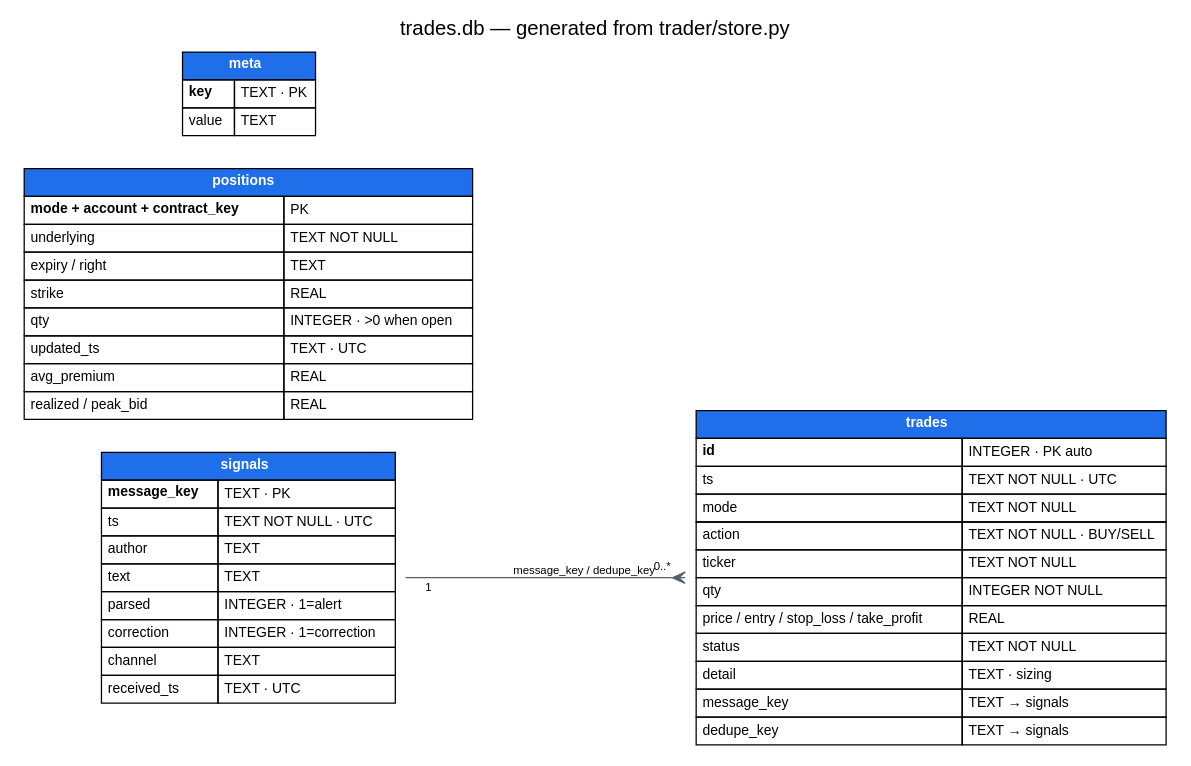
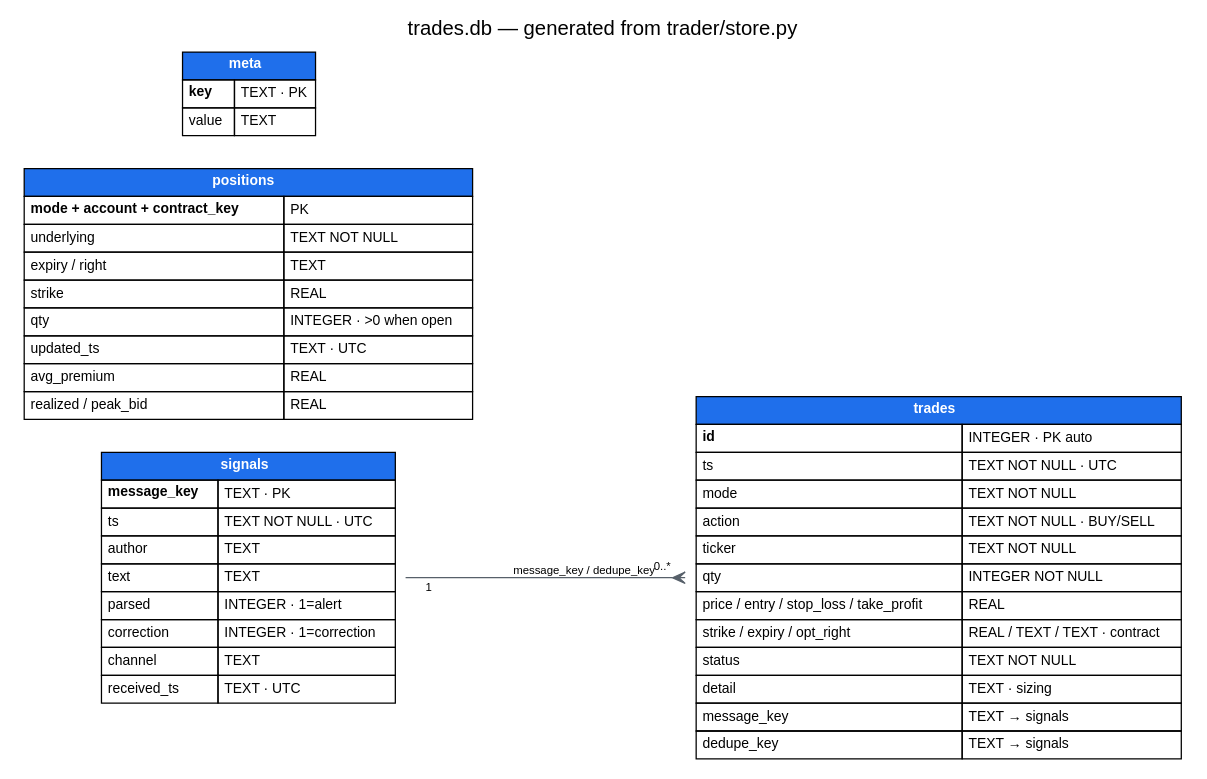
One commit to siicosmos/ws-trade-bot changed the diagram in docs/db_schema.dot. Above: the diagram before and after it, drawn with Graphviz. The commit also changed 3 other files, not shown here.

First line of the commit message:
Docs refresh: schema diagram gains the migrated trades columns; plan condensed to current state

```diff
--- a/docs/db_schema.dot
+++ b/docs/db_schema.dot
@@ -1,61 +1,62 @@
 // ws-trade-bot trades.db schema - render with:
 //   dot -Tpng -o docs/db_schema.png docs/db_schema.dot
 digraph db_schema {
   rankdir=LR;
   graph [fontname="Helvetica", label="trades.db — generated from trader/store.py", labelloc=t, fontsize=16];
   node [shape=plaintext, fontname="Helvetica", fontsize=11];
   edge [color="#57606a", fontname="Helvetica", fontsize=9];
 
   signals [label=<
     <TABLE BORDER="0" CELLBORDER="1" CELLSPACING="0" CELLPADDING="4" BGCOLOR="white">
       <TR><TD BGCOLOR="#1f6feb" COLSPAN="2"><FONT COLOR="white"><B>signals</B></FONT></TD></TR>
       <TR><TD ALIGN="LEFT"><B>message_key</B></TD><TD ALIGN="LEFT">TEXT · PK</TD></TR>
       <TR><TD ALIGN="LEFT">ts</TD><TD ALIGN="LEFT">TEXT NOT NULL · UTC</TD></TR>
       <TR><TD ALIGN="LEFT">author</TD><TD ALIGN="LEFT">TEXT</TD></TR>
       <TR><TD ALIGN="LEFT">text</TD><TD ALIGN="LEFT">TEXT</TD></TR>
       <TR><TD ALIGN="LEFT">parsed</TD><TD ALIGN="LEFT">INTEGER · 1=alert</TD></TR>
       <TR><TD ALIGN="LEFT">correction</TD><TD ALIGN="LEFT">INTEGER · 1=correction</TD></TR>
       <TR><TD ALIGN="LEFT">channel</TD><TD ALIGN="LEFT">TEXT</TD></TR>
       <TR><TD ALIGN="LEFT">received_ts</TD><TD ALIGN="LEFT">TEXT · UTC</TD></TR>
     </TABLE>>];
 
   trades [label=<
     <TABLE BORDER="0" CELLBORDER="1" CELLSPACING="0" CELLPADDING="4" BGCOLOR="white">
       <TR><TD BGCOLOR="#1f6feb" COLSPAN="2"><FONT COLOR="white"><B>trades</B></FONT></TD></TR>
       <TR><TD ALIGN="LEFT"><B>id</B></TD><TD ALIGN="LEFT">INTEGER · PK auto</TD></TR>
       <TR><TD ALIGN="LEFT">ts</TD><TD ALIGN="LEFT">TEXT NOT NULL · UTC</TD></TR>
       <TR><TD ALIGN="LEFT">mode</TD><TD ALIGN="LEFT">TEXT NOT NULL</TD></TR>
       <TR><TD ALIGN="LEFT">action</TD><TD ALIGN="LEFT">TEXT NOT NULL · BUY/SELL</TD></TR>
       <TR><TD ALIGN="LEFT">ticker</TD><TD ALIGN="LEFT">TEXT NOT NULL</TD></TR>
       <TR><TD ALIGN="LEFT">qty</TD><TD ALIGN="LEFT">INTEGER NOT NULL</TD></TR>
       <TR><TD ALIGN="LEFT">price / entry / stop_loss / take_profit</TD><TD ALIGN="LEFT">REAL</TD></TR>
+      <TR><TD ALIGN="LEFT">strike / expiry / opt_right</TD><TD ALIGN="LEFT">REAL / TEXT / TEXT · contract</TD></TR>
       <TR><TD ALIGN="LEFT">status</TD><TD ALIGN="LEFT">TEXT NOT NULL</TD></TR>
       <TR><TD ALIGN="LEFT">detail</TD><TD ALIGN="LEFT">TEXT · sizing</TD></TR>
       <TR><TD ALIGN="LEFT">message_key</TD><TD ALIGN="LEFT">TEXT → signals</TD></TR>
       <TR><TD ALIGN="LEFT">dedupe_key</TD><TD ALIGN="LEFT">TEXT → signals</TD></TR>
     </TABLE>>];
 
   positions [label=<
     <TABLE BORDER="0" CELLBORDER="1" CELLSPACING="0" CELLPADDING="4" BGCOLOR="white">
       <TR><TD BGCOLOR="#1f6feb" COLSPAN="2"><FONT COLOR="white"><B>positions</B></FONT></TD></TR>
       <TR><TD ALIGN="LEFT"><B>mode + account + contract_key</B></TD><TD ALIGN="LEFT">PK</TD></TR>
       <TR><TD ALIGN="LEFT">underlying</TD><TD ALIGN="LEFT">TEXT NOT NULL</TD></TR>
       <TR><TD ALIGN="LEFT">expiry / right</TD><TD ALIGN="LEFT">TEXT</TD></TR>
       <TR><TD ALIGN="LEFT">strike</TD><TD ALIGN="LEFT">REAL</TD></TR>
       <TR><TD ALIGN="LEFT">qty</TD><TD ALIGN="LEFT">INTEGER · &gt;0 when open</TD></TR>
       <TR><TD ALIGN="LEFT">updated_ts</TD><TD ALIGN="LEFT">TEXT · UTC</TD></TR>
       <TR><TD ALIGN="LEFT">avg_premium</TD><TD ALIGN="LEFT">REAL</TD></TR>
       <TR><TD ALIGN="LEFT">realized / peak_bid</TD><TD ALIGN="LEFT">REAL</TD></TR>
     </TABLE>>];
 
   meta [label=<
     <TABLE BORDER="0" CELLBORDER="1" CELLSPACING="0" CELLPADDING="4" BGCOLOR="white">
       <TR><TD BGCOLOR="#1f6feb" COLSPAN="2"><FONT COLOR="white"><B>meta</B></FONT></TD></TR>
       <TR><TD ALIGN="LEFT"><B>key</B></TD><TD ALIGN="LEFT">TEXT · PK</TD></TR>
       <TR><TD ALIGN="LEFT">value</TD><TD ALIGN="LEFT">TEXT</TD></TR>
     </TABLE>>];
 
   signals -> trades [arrowhead=crow, arrowtail=none, dir=both,
     headlabel="0..*", taillabel="1", label="message_key / dedupe_key",
     labeldistance=2];
 }
```
